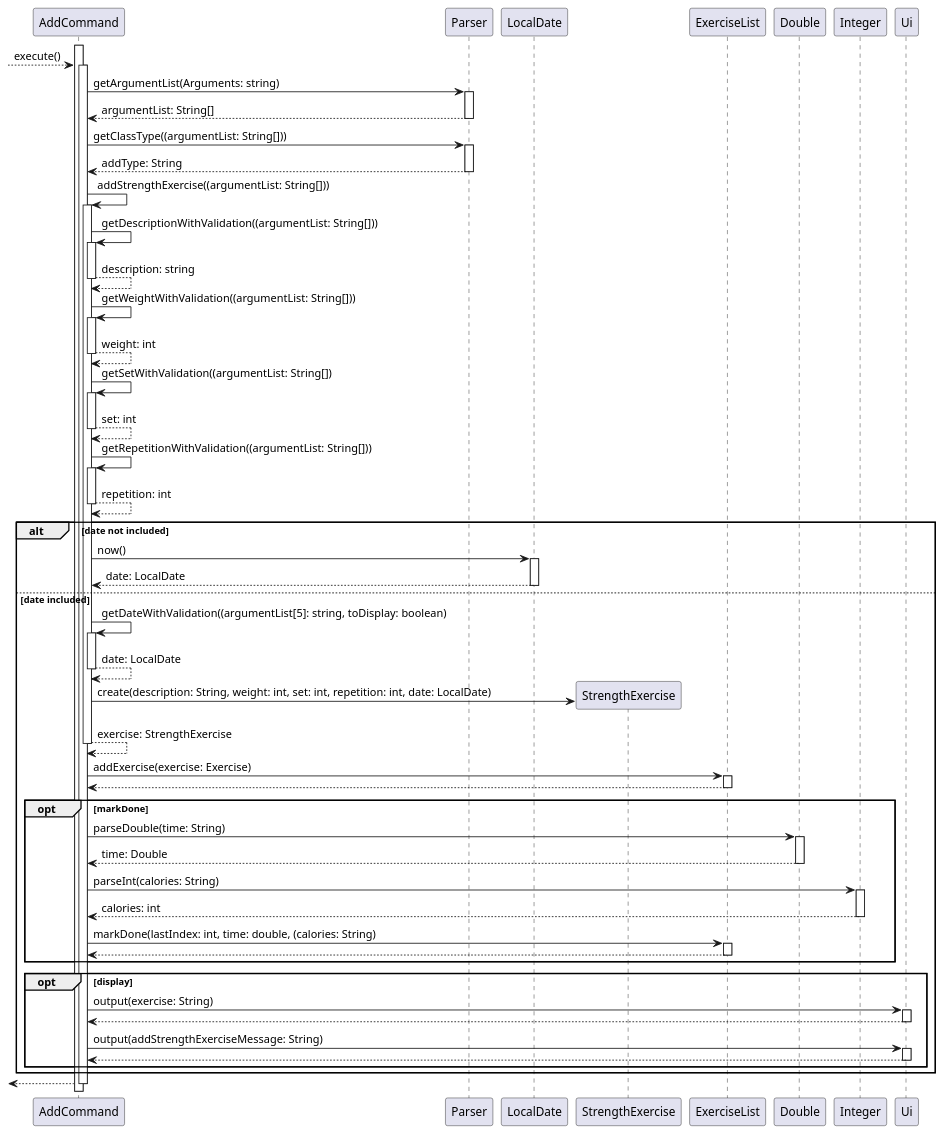
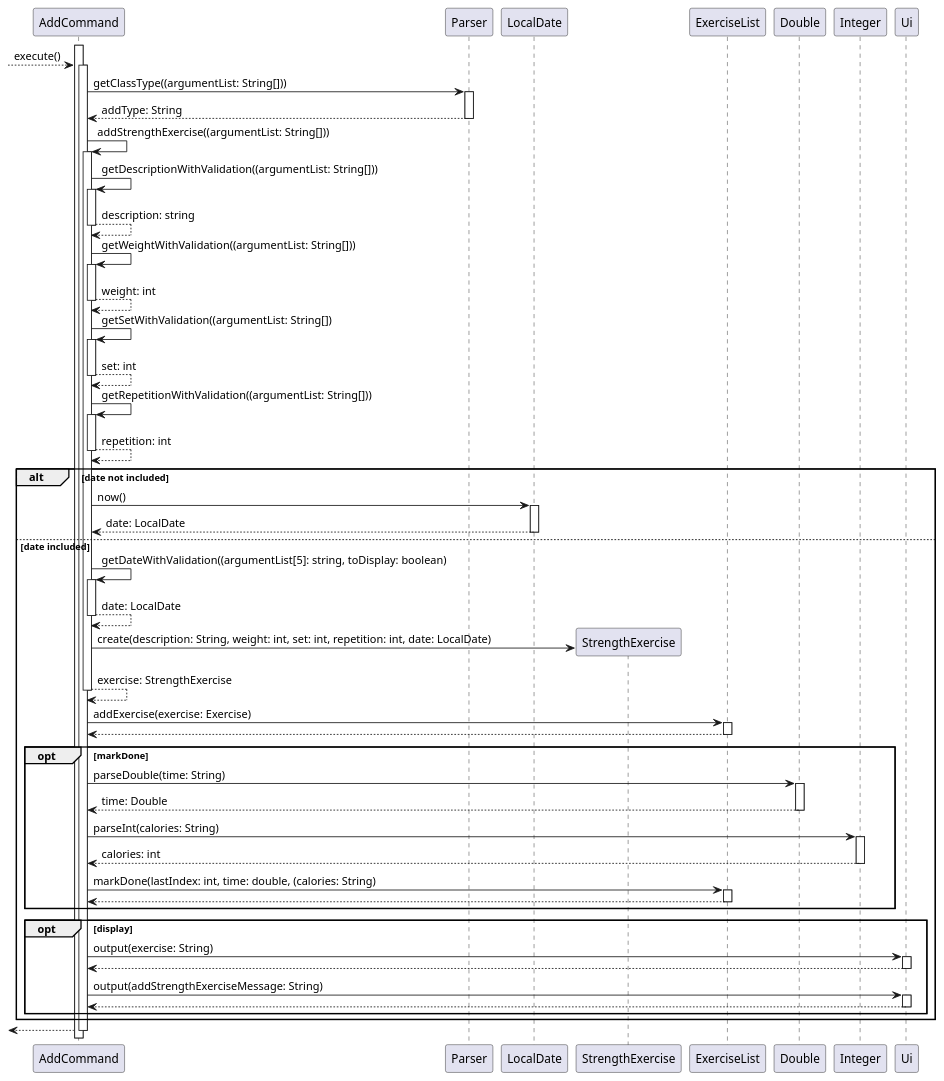
Before and after one commit to nus-cs2113-AY2223S1/tp: the diagram in docs/UmlDiagrams/AddStrengthExercise.puml, drawn with PlantUML. The commit also changed 6 other files, not shown here.

```diff
--- a/docs/UmlDiagrams/AddStrengthExercise.puml
+++ b/docs/UmlDiagrams/AddStrengthExercise.puml
@@ -1,55 +1,53 @@
 @startuml
 'https://plantuml.com/sequence-diagram
 
 autoactivate on
 
 
 activate AddCommand
 -->AddCommand++:execute()
-AddCommand -> Parser++:getArgumentList(Arguments: string)
-return argumentList: String[]
 AddCommand -> Parser++:getClassType((argumentList: String[]))
 return addType: String
 AddCommand -> AddCommand++:addStrengthExercise((argumentList: String[]))
 AddCommand -> AddCommand++:getDescriptionWithValidation((argumentList: String[]))
 return description: string
 AddCommand -> AddCommand++:getWeightWithValidation((argumentList: String[]))
 return weight: int
 AddCommand -> AddCommand++:getSetWithValidation((argumentList: String[])
 return set: int
 AddCommand -> AddCommand++:getRepetitionWithValidation((argumentList: String[]))
 return repetition: int
 
 alt date not included
 AddCommand -> LocalDate++:now()
 return date: LocalDate
 else date included
 AddCommand -> AddCommand:getDateWithValidation((argumentList[5]: string, toDisplay: boolean)
 return date: LocalDate
 AddCommand -> StrengthExercise**:create(description: String, weight: int, set: int, repetition: int, date: LocalDate)
 return exercise: StrengthExercise
 AddCommand -> ExerciseList++:addExercise(exercise: Exercise)
 return
 opt markDone
 AddCommand -> Double++:parseDouble(time: String)
 return time: Double
 AddCommand -> Integer++:parseInt(calories: String)
 return calories: int
 AddCommand -> ExerciseList:markDone(lastIndex: int, time: double, (calories: String)
 return
 end
 opt display
 AddCommand -> Ui++:output(exercise: String)
 return
 AddCommand -> Ui:output(addStrengthExerciseMessage: String)
 return
 end
 end
 return
 
 
 
 
 
 
 @enduml
```
